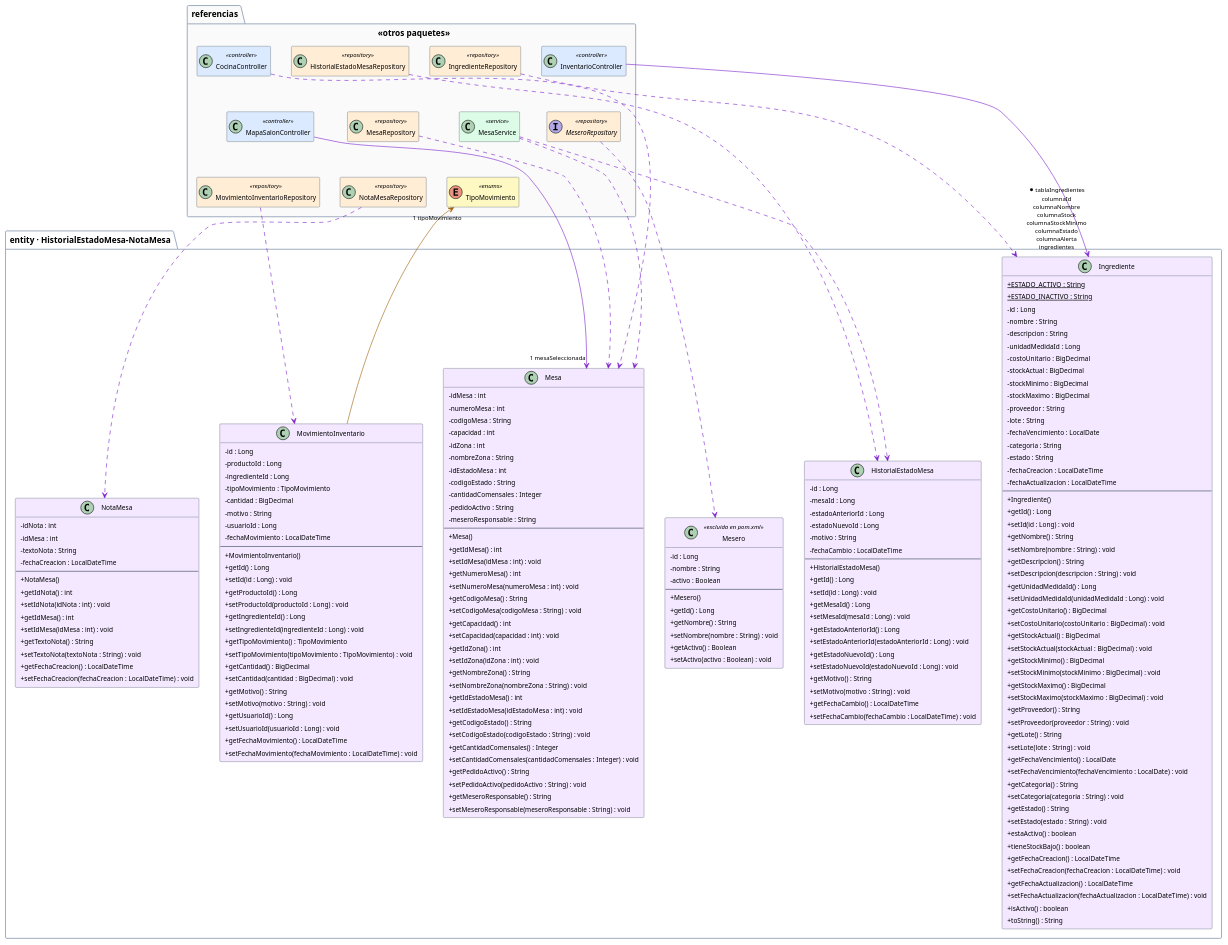
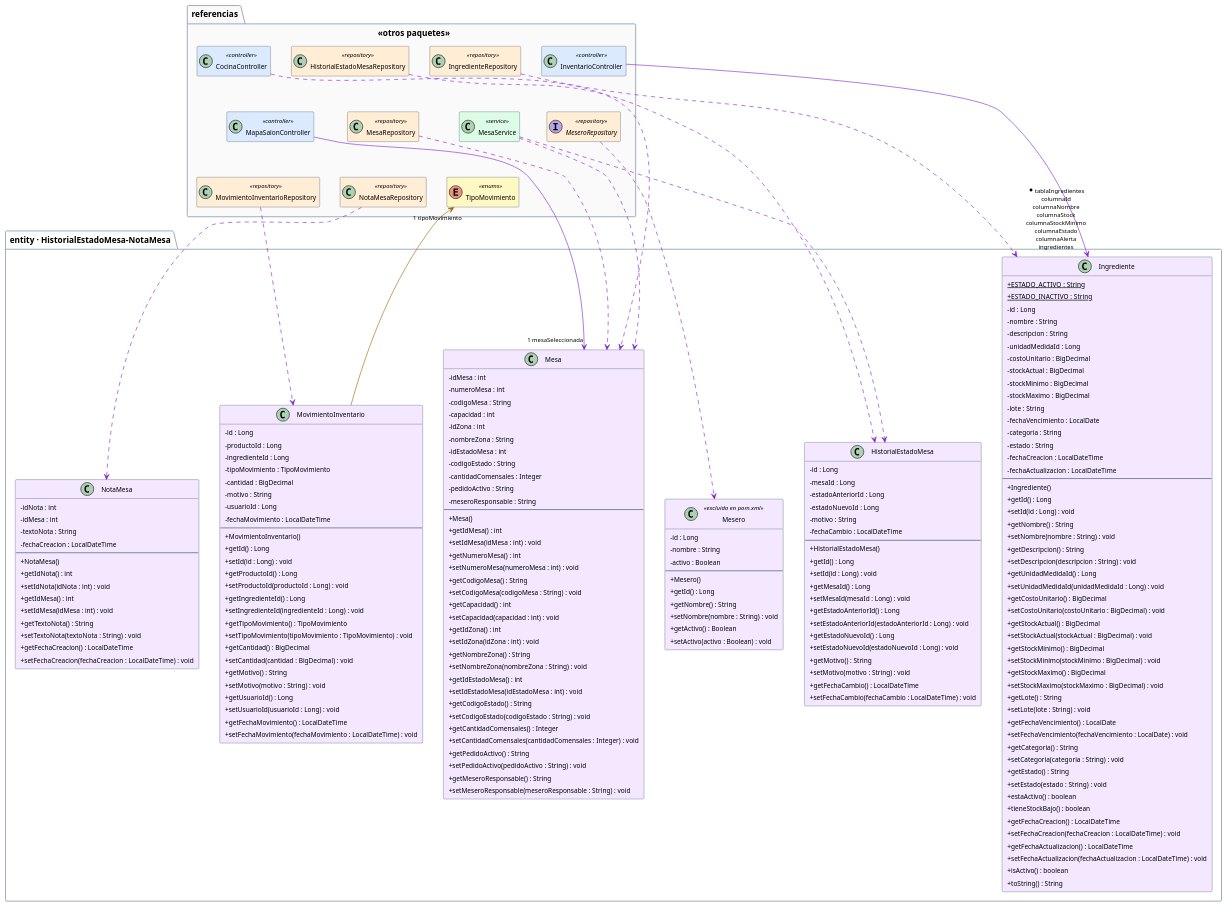
The diagram in docs/diagramas-fuente/DiagramaClases_Entidades_B.puml (puj-course/FIS_2630_1204_G2), drawn with PlantUML before and after one commit. The commit also changed 37 other files, not shown here.

```diff
--- a/docs/diagramas-fuente/DiagramaClases_Entidades_B.puml
+++ b/docs/diagramas-fuente/DiagramaClases_Entidades_B.puml
@@ -51,7 +51,6 @@
     - stockActual : BigDecimal
     - stockMinimo : BigDecimal
     - stockMaximo : BigDecimal
-    - proveedor : String
     - lote : String
     - fechaVencimiento : LocalDate
     - categoria : String
@@ -76,8 +75,6 @@
     + setStockMinimo(stockMinimo : BigDecimal) : void
     + getStockMaximo() : BigDecimal
     + setStockMaximo(stockMaximo : BigDecimal) : void
-    + getProveedor() : String
-    + setProveedor(proveedor : String) : void
     + getLote() : String
     + setLote(lote : String) : void
     + getFechaVencimiento() : LocalDate
```
